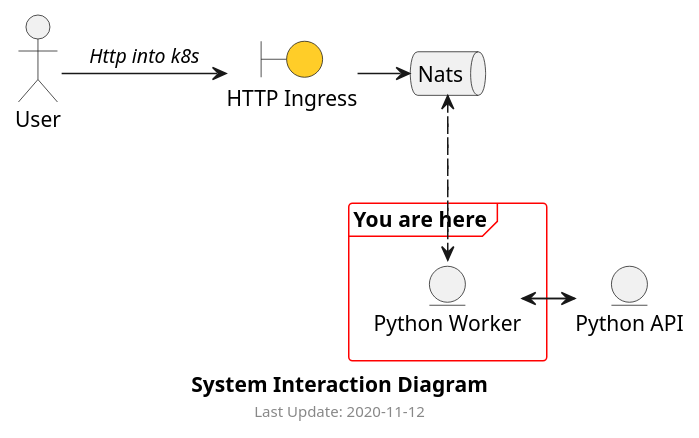
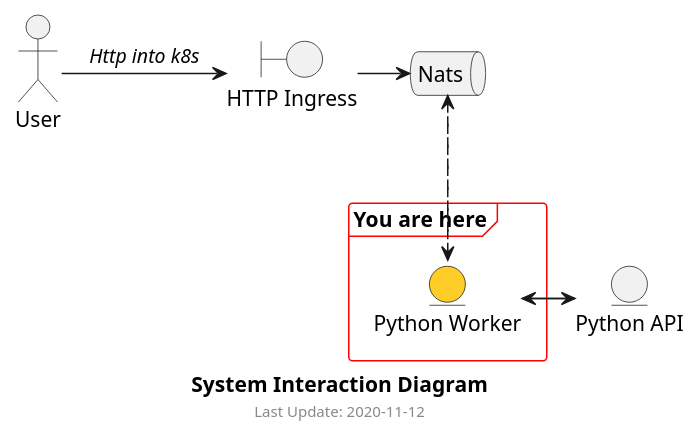
The diagram in docs/interactions_highlighted.puml (teedee22/microservice-python-worker), drawn with PlantUML before and after one commit. The commit also changed 1 other file, not shown here.

```diff
--- a/docs/interactions_highlighted.puml
+++ b/docs/interactions_highlighted.puml
@@ -1,28 +1,28 @@
 @startuml interaction-diagram
 
 
 skinparam frame {
     borderColor Red
 }
 
 caption <b>System Interaction Diagram</b> 
 footer  Last Update: 2020-11-12
 
 actor user as "User"
-boundary http_ingress as "HTTP Ingress" #FFCD28
+boundary http_ingress as "HTTP Ingress"
 queue nats as "Nats"
 frame "You are here" {
-entity python_worker as "Python Worker"
+entity python_worker as "Python Worker" #FFCD28
 }
 entity python_api as "Python API"
 
 
 user -> http_ingress : <i>Http into k8s</i>
 http_ingress -> nats 
 python_worker ..> nats 
 nats ..> python_worker
 
 python_worker -> python_api
 python_api -> python_worker
 
 @enduml
```
